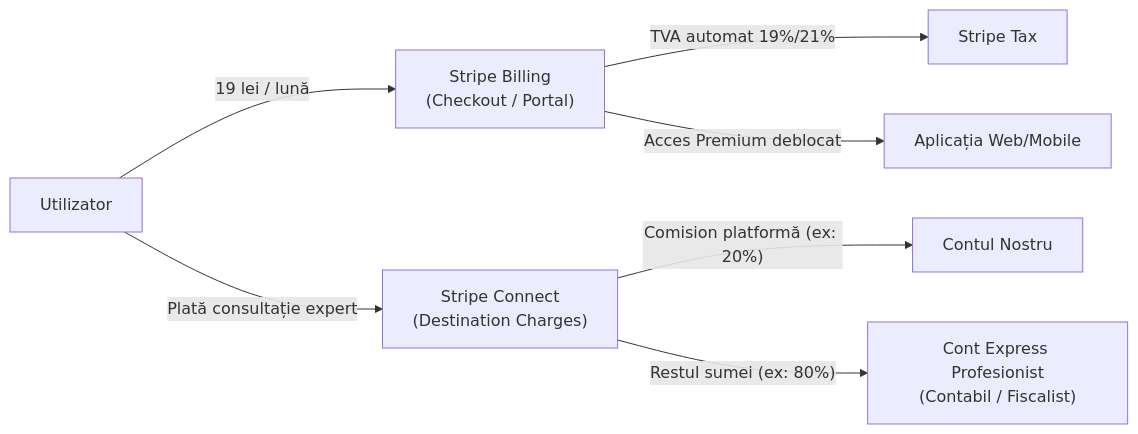
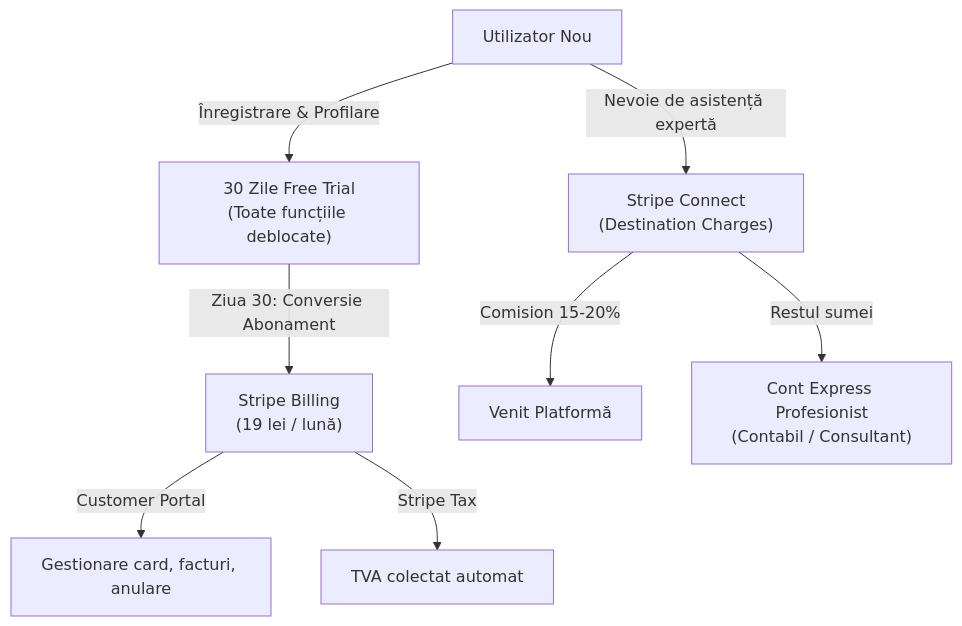
One commit to Voicu-Alex/runtime-terror-stripe changed the diagram in business/model-de-business.md. Above: the diagram before and after it, drawn with Mermaid. The commit also changed other lines of this file and 2 other files, not shown here.

Commit message:
Actualizare model business: 1 luna free trial si neutralitate radicala (doar 2Performant, restul gratuit)

````diff
--- a/business/model-de-business.md
+++ b/business/model-de-business.md
@@ -130,10 +117,11 @@
 ```mermaid
-flowchart LR
-    A["Utilizator"] -->|"19 lei / lună"| B["Stripe Billing<br/>(Checkout / Portal)"]
-    B -->|"TVA automat 19%/21%"| C["Stripe Tax"]
-    B -->|"Acces Premium deblocat"| D["Aplicația Web/Mobile"]
+flowchart TD
+    User["Utilizator Nou"] -->|"Înregistrare & Profilare"| Trial["30 Zile Free Trial<br/>(Toate funcțiile deblocate)"]
+    Trial -->|"Ziua 30: Conversie Abonament"| Billing["Stripe Billing<br/>(19 lei / lună)"]
+    Billing -->|"Customer Portal"| Portal["Gestionare card, facturi, anulare"]
+    Billing -->|"Stripe Tax"| Tax["TVA colectat automat"]
     
-    A -->|"Plată consultație expert"| E["Stripe Connect<br/>(Destination Charges)"]
-    E -->|"Comision platformă (ex: 20%)"| F["Contul Nostru"]
-    E -->|"Restul sumei (ex: 80%)"| G["Cont Express Profesionist<br/>(Contabil / Fiscalist)"]
+    User -->|"Nevoie de asistență expertă"| Connect["Stripe Connect<br/>(Destination Charges)"]
+    Connect -->|"Comision 15-20%"| PlatformRev["Venit Platformă"]
+    Connect -->|"Restul sumei"| ProAccount["Cont Express Profesionist<br/>(Contabil / Consultant)"]
 ```
````
